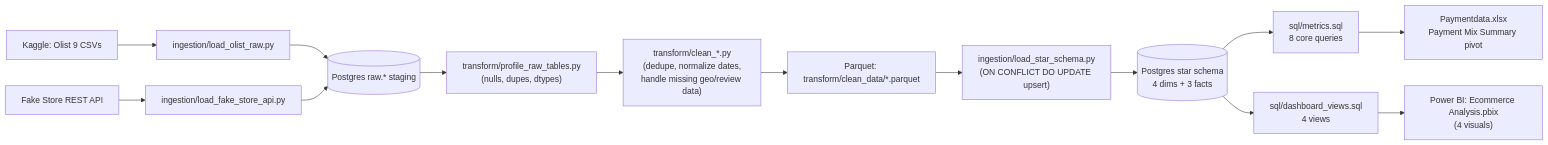
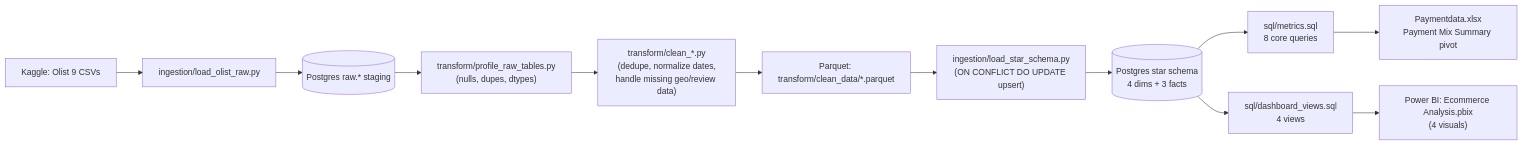
The first of 2 diagrams in README.md (SampathLgd/ecommerce-analytics-pipeline), drawn with Mermaid before and after one commit. The commit also changed other lines of this file, not shown here.

Commit message:
Fix mermaid ER diagram syntax, remove unused Fake Store API references

````diff
--- a/README.md
+++ b/README.md
@@ -52,19 +52,17 @@
 ```mermaid
 flowchart LR
     A["Kaggle: Olist 9 CSVs"] --> B["ingestion/load_olist_raw.py"]
-    A2["Fake Store REST API"] --> B2["ingestion/load_fake_store_api.py"]
     B --> C[("Postgres raw.* staging")]
-    B2 --> C
 
     C --> D["transform/profile_raw_tables.py\n(nulls, dupes, dtypes)"]
     D --> E["transform/clean_*.py\n(dedupe, normalize dates,\nhandle missing geo/review data)"]
     E --> F["Parquet: transform/clean_data/*.parquet"]
 
     F --> G["ingestion/load_star_schema.py\n(ON CONFLICT DO UPDATE upsert)"]
     G --> H[("Postgres star schema\n4 dims + 3 facts")]
 
     H --> I["sql/metrics.sql\n8 core queries"]
     H --> J["sql/dashboard_views.sql\n4 views"]
     J --> K["Power BI: Ecommerce Analysis.pbix\n(4 visuals)"]
     I --> L["Paymentdata.xlsx\nPayment Mix Summary pivot"]
 ```
````
